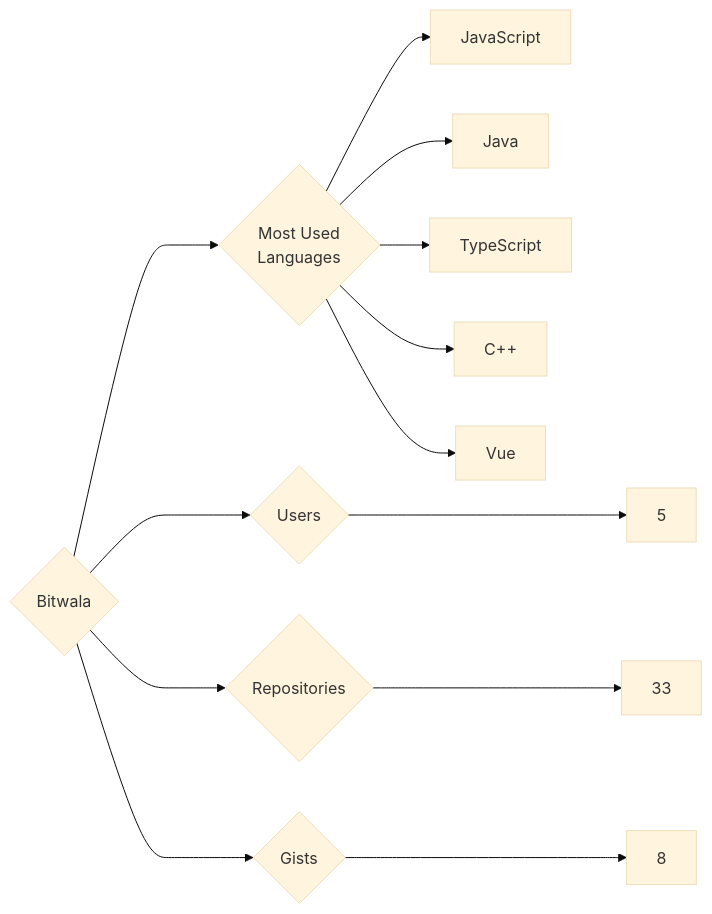
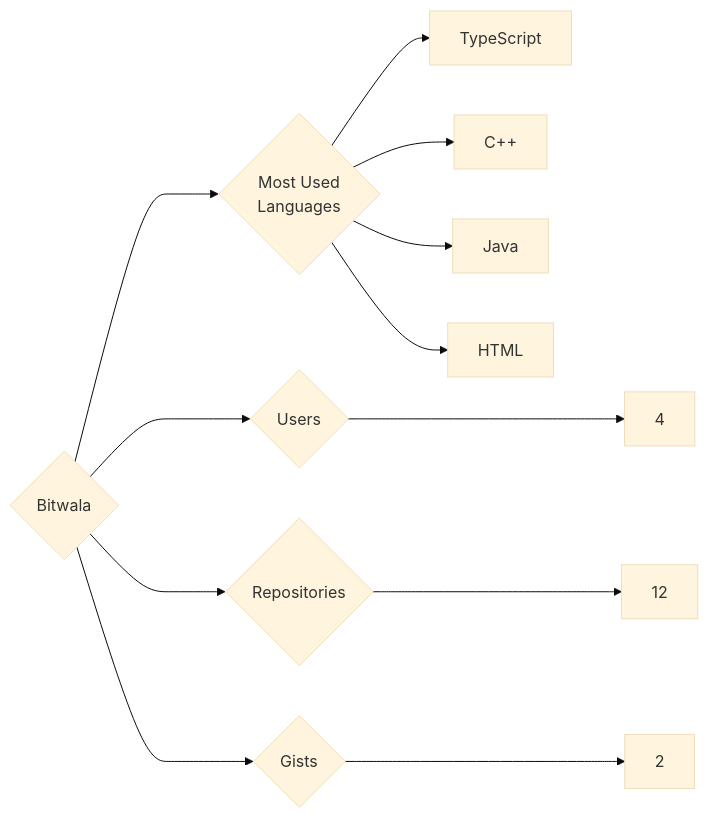
One commit to trickest/insiders changed the diagram in targets/Bitwala/README.md. Above: the diagram before and after it, drawn with Mermaid (base theme). The commit also changed 1166 other files, not shown here.

````diff
--- a/targets/Bitwala/README.md
+++ b/targets/Bitwala/README.md
@@ -3,13 +3,12 @@
 ```mermaid
 graph LR
 COMPANY_NAME{Bitwala}
-COMPANY_NAME ---> U{Users} ---> UN[5]
-COMPANY_NAME ---> R{Repositories} ---> RN[33]
-COMPANY_NAME ---> G{Gists} ---> GN[8]
+COMPANY_NAME ---> U{Users} ---> UN[4]
+COMPANY_NAME ---> R{Repositories} ---> RN[12]
+COMPANY_NAME ---> G{Gists} ---> GN[2]
 COMPANY_NAME ---> ML{Most Used<br>Languages}
-ML --> JavaScript[JavaScript]
-ML --> Java[Java]
 ML --> TypeScript[TypeScript]
 ML --> C++[C++]
-ML --> Vue[Vue]
+ML --> Java[Java]
+ML --> HTML[HTML]
 ```
````
